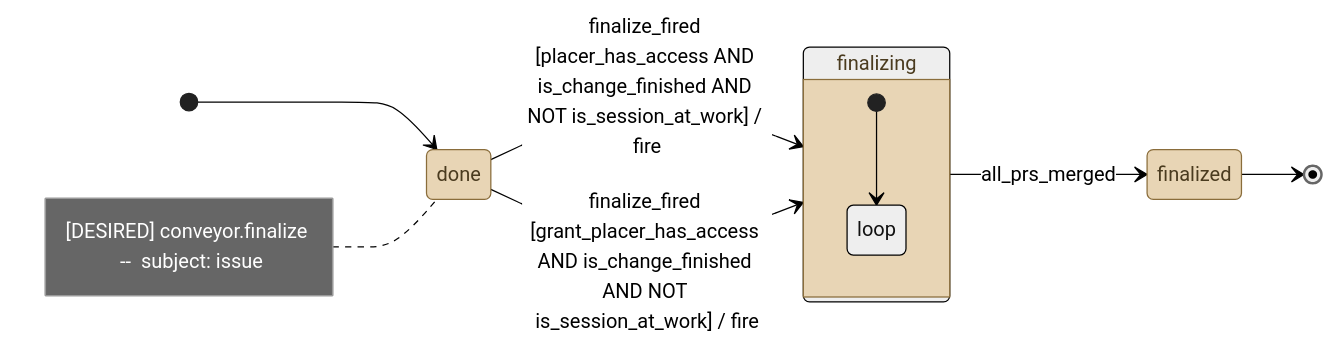
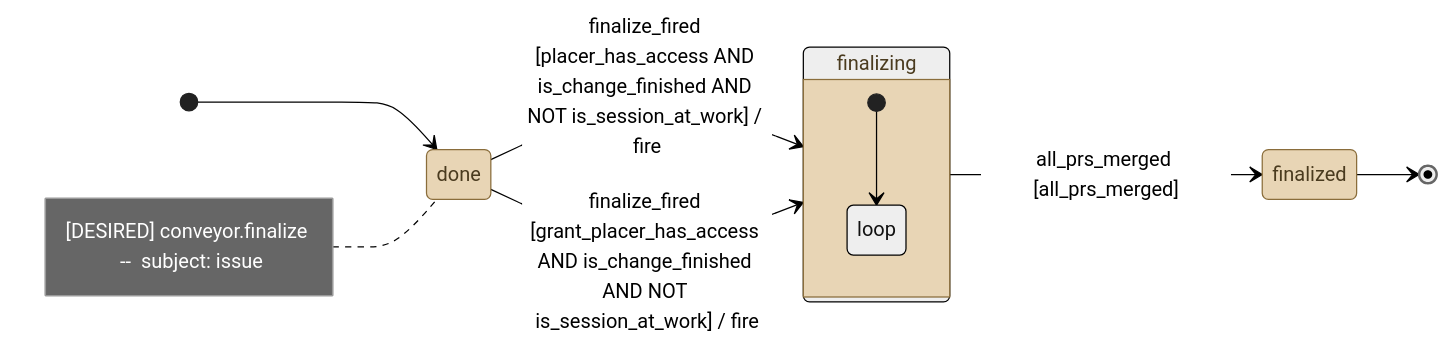
The diagram in .github/conveyor-model/mermaid/desired/conveyor_finalize.mmd (kostiantyn-matsebora/agent-ops-operator), drawn with Mermaid (neutral theme) before and after one commit. The commit also changed 3 other files, not shown here.

First line of the commit message:
fix(conveyor): all_prs_merged is trigger AND guard, independently

```diff
--- a/.github/conveyor-model/mermaid/desired/conveyor_finalize.mmd
+++ b/.github/conveyor-model/mermaid/desired/conveyor_finalize.mmd
@@ -1,20 +1,20 @@
 stateDiagram-v2
     direction LR
     [*] --> done
     note left of done
         [DESIRED] conveyor.finalize  --  subject: issue
     end note
     classDef stationState fill:#e8d5b5,stroke:#8a6d3b,color:#4a3b1f
     classDef loopState fill:#c9e4de,stroke:#2f6b5e,color:#1a3b33
     state done
     state finalizing
     state finalized
     done --> finalizing : finalize_fired [placer_has_access AND is_change_finished AND NOT is_session_at_work] / fire
     done --> finalizing : finalize_fired [grant_placer_has_access AND is_change_finished AND NOT is_session_at_work] / fire
-    finalizing --> finalized : all_prs_merged
+    finalizing --> finalized : all_prs_merged [all_prs_merged]
     finalized --> [*]
     class done, finalizing, finalized stationState
     state finalizing {
         [*] --> loop
         state "loop" as loop
     }
```
